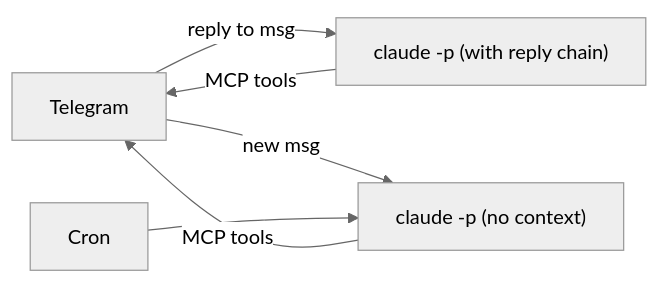
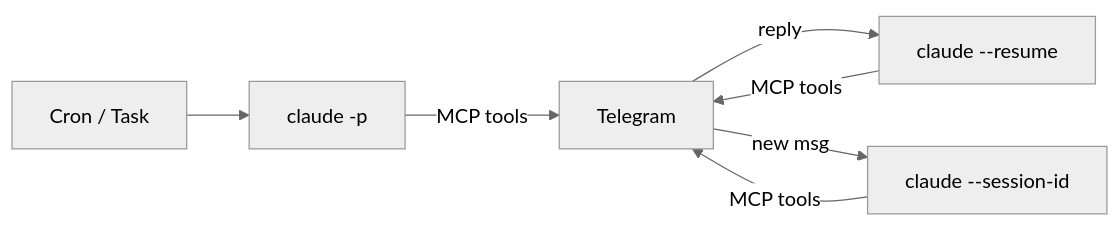
The first of 2 diagrams in README.md (rhlsthrm/LeoClaw), drawn with Mermaid (neutral theme) before and after one commit. The commit also changed other lines of this file, not shown here.

Commit message:
docs: update README for session management, tasks, and actual line counts

````diff
--- a/README.md
+++ b/README.md
@@ -9,8 +9,9 @@
 ```mermaid
 flowchart LR
-    T[Telegram] -->|reply to msg| C1["claude -p (with reply chain)"]
-    T -->|new msg| C2["claude -p (no context)"]
-    CR[Cron] --> C2
-    C1 -->|MCP tools| T
-    C2 -->|MCP tools| T
+    T[Telegram] -->|reply| R[claude --resume]
+    T -->|new msg| F[claude --session-id]
+    CR[Cron / Task] --> S[claude -p]
+    R -->|MCP tools| T
+    F -->|MCP tools| T
+    S -->|MCP tools| T
 ```
````
